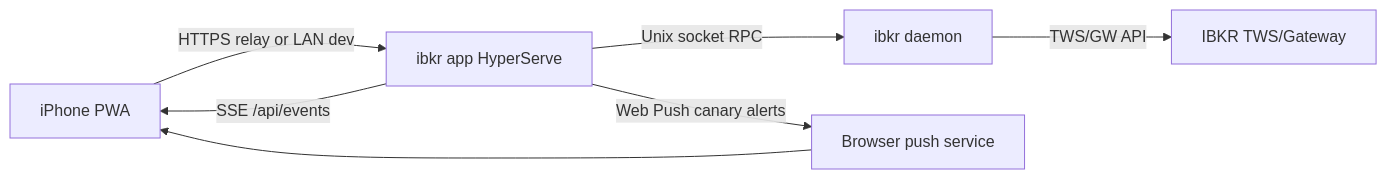
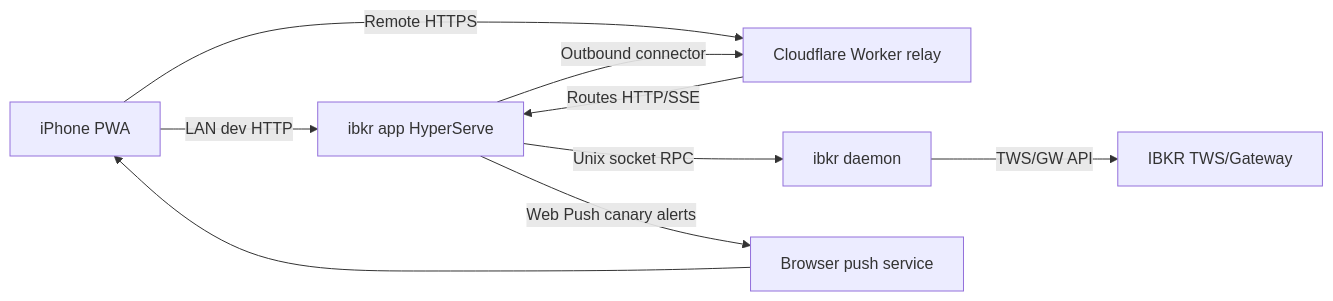
One commit to osauer/ibkr changed the diagram in docs/design/mobile-app-mvp.md. Above: the diagram before and after it, drawn with Mermaid. The commit also changed other lines of this file and 26 other files, not shown here.

Commit message:
Add remote app relay

````diff
--- a/docs/design/mobile-app-mvp.md
+++ b/docs/design/mobile-app-mvp.md
@@ -44,9 +44,11 @@
 ```mermaid
 flowchart LR
-  Phone["iPhone PWA"] -->|"HTTPS relay or LAN dev"| App["ibkr app HyperServe"]
+  Phone["iPhone PWA"] -->|"LAN dev HTTP"| App["ibkr app HyperServe"]
+  Phone -->|"Remote HTTPS"| Relay["Cloudflare Worker relay"]
+  Relay -->|"Routes HTTP/SSE"| App
+  App -->|"Outbound connector"| Relay
   App -->|"Unix socket RPC"| Daemon["ibkr daemon"]
   Daemon -->|"TWS/GW API"| TWS["IBKR TWS/Gateway"]
-  App -->|"SSE /api/events"| Phone
   App -->|"Web Push canary alerts"| Push["Browser push service"]
   Push --> Phone
 ```
````
